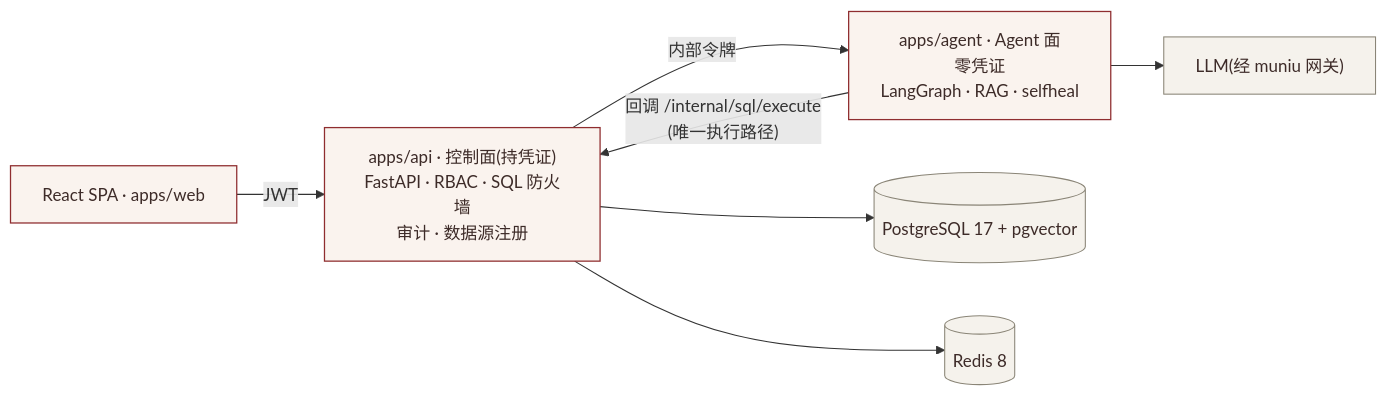
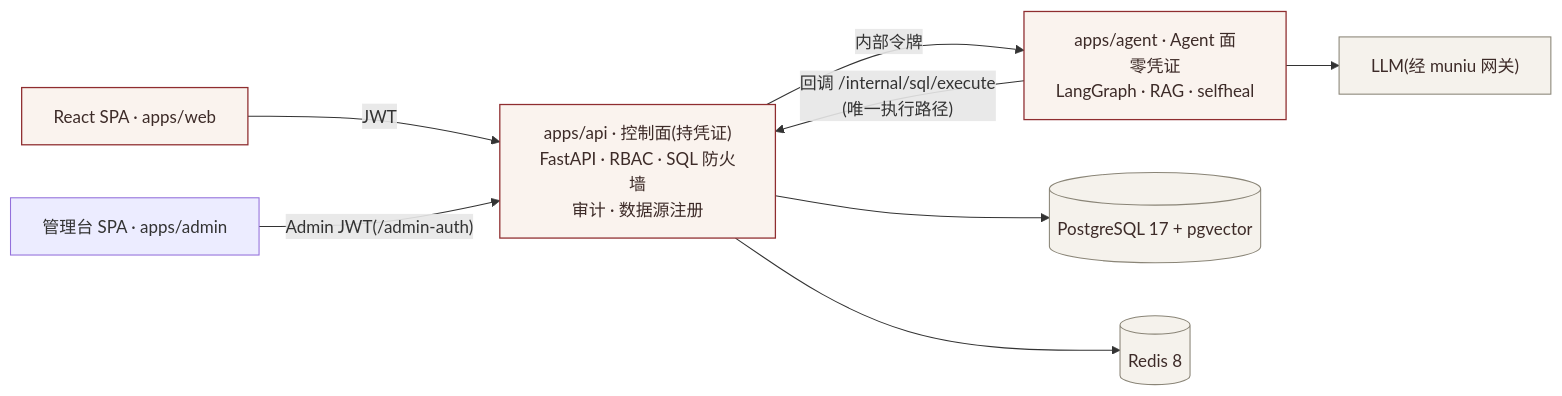
Before and after one commit to qiyangfan/kongming: the diagram in README.md, drawn with Mermaid. The commit also changed other lines of this file and 672 other files, not shown here.

````diff
--- a/README.md
+++ b/README.md
@@ -69,16 +69,17 @@
 ```mermaid
 flowchart LR
     web["React SPA · apps/web"] -->|"JWT"| api
+    admin["管理台 SPA · apps/admin"] -->|"Admin JWT(/admin-auth)"| api
     api["apps/api · 控制面(持凭证)<br/>FastAPI · RBAC · SQL 防火墙<br/>审计 · 数据源注册"]
     agent["apps/agent · Agent 面<br/>零凭证<br/>LangGraph · RAG · selfheal"]
     api -->|"内部令牌"| agent
     agent -->|"回调 /internal/sql/execute<br/>(唯一执行路径)"| api
     api --> pg[("PostgreSQL 17 + pgvector")]
     api --> redis[("Redis 8")]
     agent --> llm["LLM(经 muniu 网关)"]
 
     classDef proc fill:#faf3ee,stroke:#8f2d2f,stroke-width:1.2px,color:#3d2b28
     classDef ext fill:#f5f2ec,stroke:#8a8577,color:#3d2b28
     class web,api,agent proc
     class pg,redis,llm ext
 ```
````
